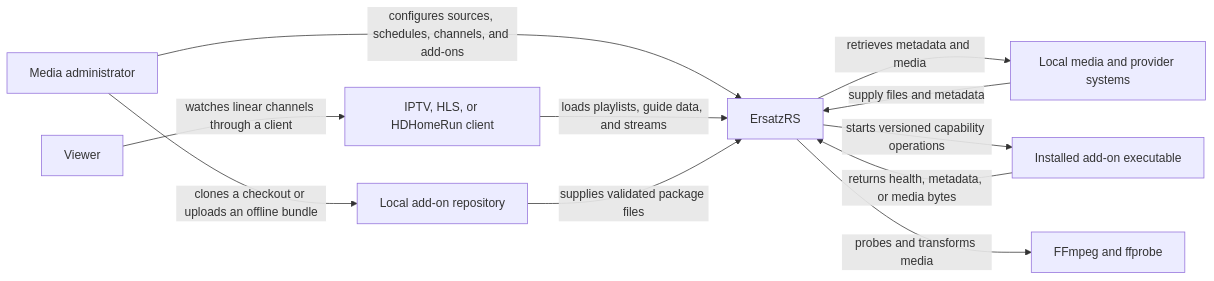
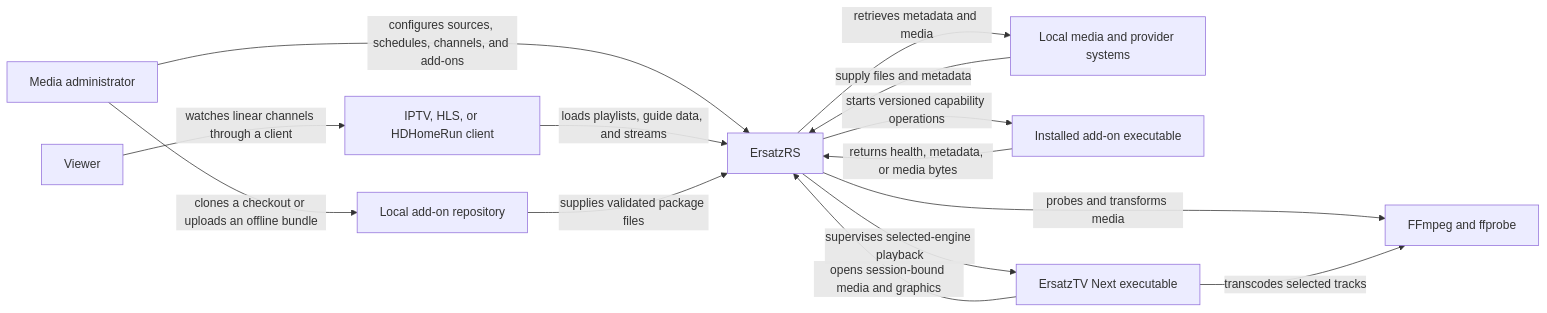
The first of 2 diagrams in docs/explanation/runtime-architecture.md (bartdeijkers/ErsatzRS), drawn with Mermaid before and after one commit. The commit also changed other lines of this file and 10 other files, not shown here.

````diff
--- a/docs/explanation/runtime-architecture.md
+++ b/docs/explanation/runtime-architecture.md
@@ -9,13 +9,16 @@
 ```mermaid
 flowchart LR
     Admin[Media administrator] -->|configures sources, schedules, channels, and add-ons| System[ErsatzRS]
     Viewer[Viewer] -->|watches linear channels through a client| Client[IPTV, HLS, or HDHomeRun client]
     Client -->|loads playlists, guide data, and streams| System
     Sources[Local media and provider systems] -->|supply files and metadata| System
     System -->|retrieves metadata and media| Sources
     Admin -->|clones a checkout or uploads an offline bundle| Repository[Local add-on repository]
     Repository -->|supplies validated package files| System
     System -->|starts versioned capability operations| Addon[Installed add-on executable]
     Addon -->|returns health, metadata, or media bytes| System
     System -->|probes and transforms media| MediaTools[FFmpeg and ffprobe]
+    System -->|supervises selected-engine playback| Next[ErsatzTV Next executable]
+    Next -->|opens session-bound media and graphics| System
+    Next -->|transcodes selected tracks| MediaTools
 ```
````
